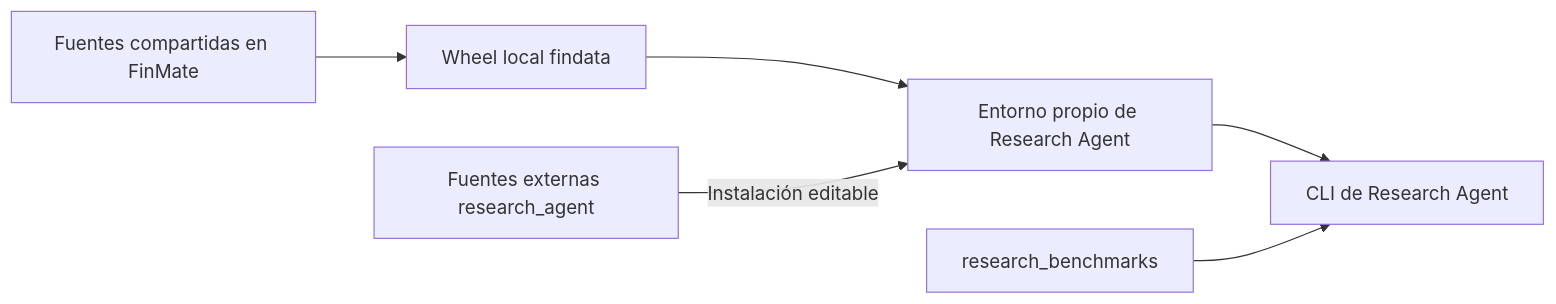
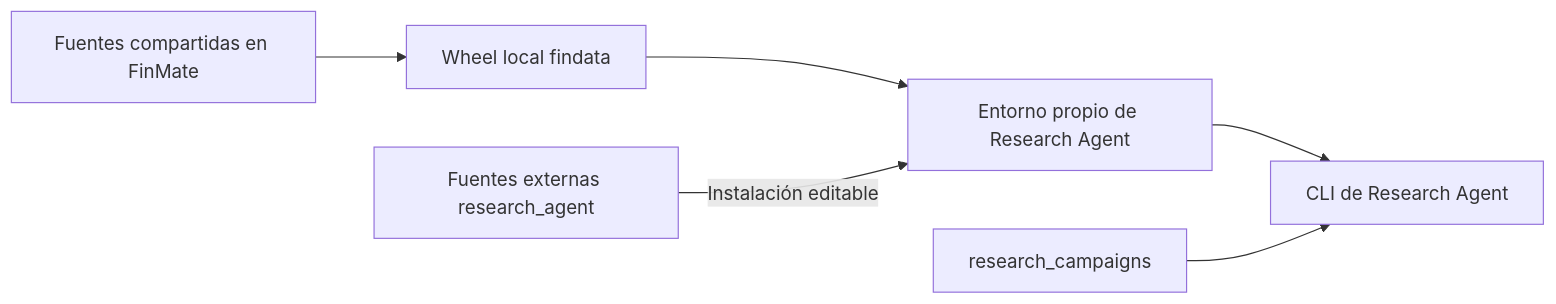
Before and after one commit to dcanocoro/research_agent: the diagram in docs/development.md, drawn with Mermaid. The commit also changed other lines of this file and 98 other files, not shown here.

````diff
--- a/docs/development.md
+++ b/docs/development.md
@@ -20,8 +20,8 @@
 ```mermaid
 flowchart LR
     F[Fuentes compartidas en FinMate] --> W[Wheel local findata]
     W --> V[Entorno propio de Research Agent]
     R[Fuentes externas research_agent] -->|Instalación editable| V
     V --> A[CLI de Research Agent]
-    B[research_benchmarks] --> A
+    B[research_campaigns] --> A
 ```
````
